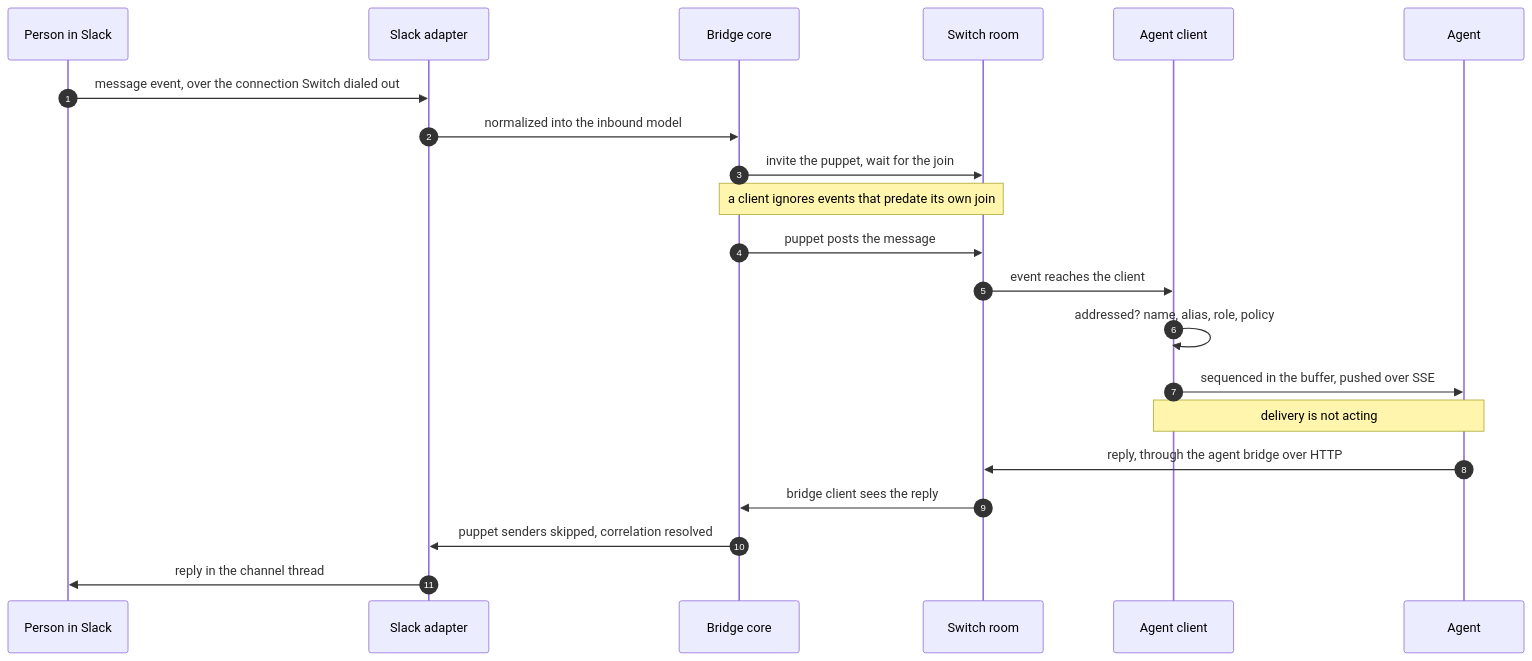
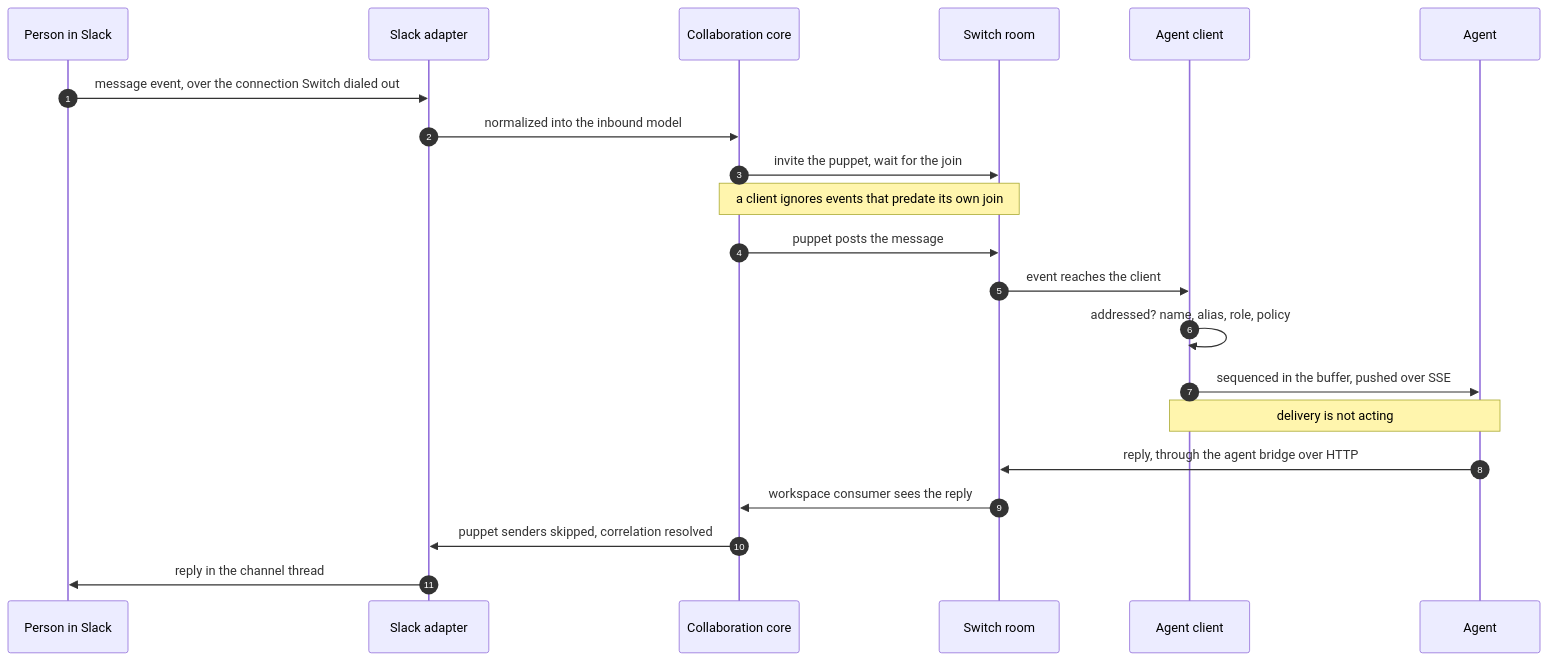
The diagram in docs/official/internals/life-of-a-message.md (Chris-Willis/switch), drawn with Mermaid before and after one commit. The commit also changed other lines of this file and 7 other files, not shown here.

````diff
--- a/docs/official/internals/life-of-a-message.md
+++ b/docs/official/internals/life-of-a-message.md
@@ -11,24 +11,24 @@
 ```mermaid
 %%{init: {'themeVariables': {'fontSize': '13px'}}}%%
 sequenceDiagram
   autonumber
   participant P as Person in Slack
   participant SA as Slack adapter
-  participant BC as Bridge core
+  participant BC as Collaboration core
   participant RM as Switch room
   participant AC as Agent client
   participant AG as Agent
   P->>SA: message event, over the connection Switch dialed out
   SA->>BC: normalized into the inbound model
   BC->>RM: invite the puppet, wait for the join
   Note over BC,RM: a client ignores events that predate its own join
   BC->>RM: puppet posts the message
   RM->>AC: event reaches the client
   AC->>AC: addressed? name, alias, role, policy
   AC->>AG: sequenced in the buffer, pushed over SSE
   Note over AC,AG: delivery is not acting
   AG->>RM: reply, through the agent bridge over HTTP
-  RM->>BC: bridge client sees the reply
+  RM->>BC: workspace consumer sees the reply
   BC->>SA: puppet senders skipped, correlation resolved
   SA->>P: reply in the channel thread
 ```
````
